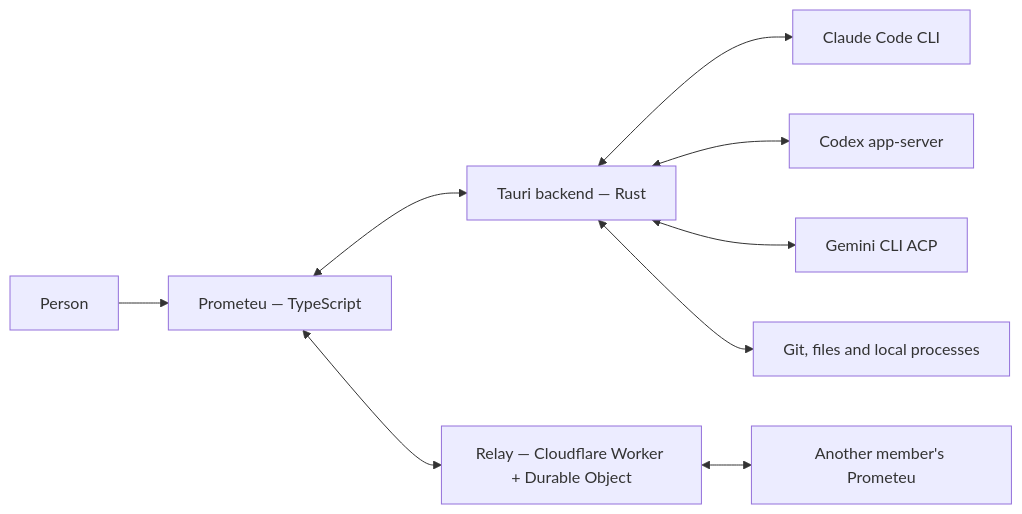
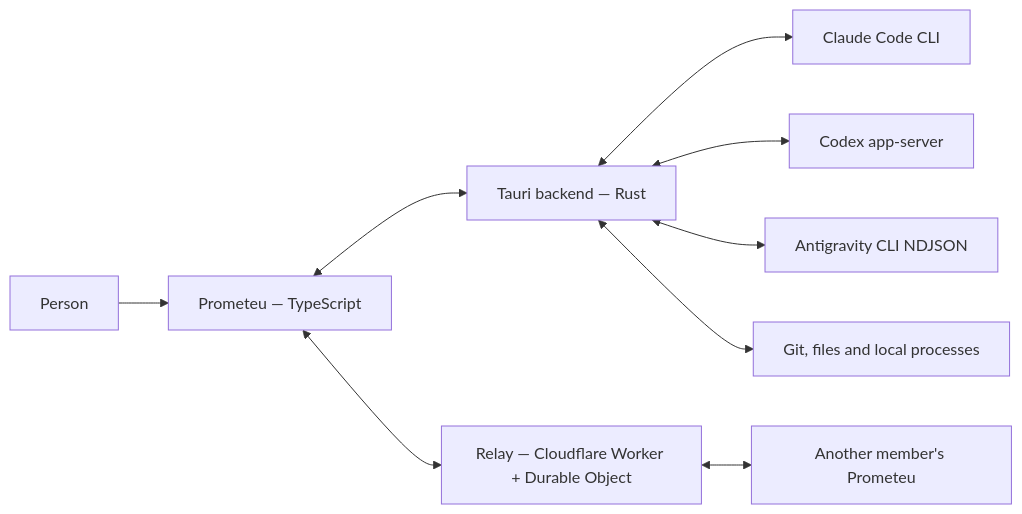
Before and after one commit to JabsRafael/prometeu: the diagram in ARCHITECTURE.md, drawn with Mermaid. The commit also changed other lines of this file and 46 other files, not shown here.

Commit message:
feat(antigravity): replace the discontinued gemini cli integration

````diff
--- a/ARCHITECTURE.md
+++ b/ARCHITECTURE.md
@@ -18,11 +18,11 @@
 ```mermaid
 flowchart LR
     person[Person] --> ui[Prometeu — TypeScript]
     ui <--> back[Tauri backend — Rust]
     back <--> claude[Claude Code CLI]
     back <--> codex[Codex app-server]
-    back <--> gemini[Gemini CLI ACP]
+    back <--> agy[Antigravity CLI NDJSON]
     back <--> local[Git, files and local processes]
     ui <--> relay[Relay — Cloudflare Worker + Durable Object]
     relay <--> peer[Another member's Prometeu]
 ```
````
